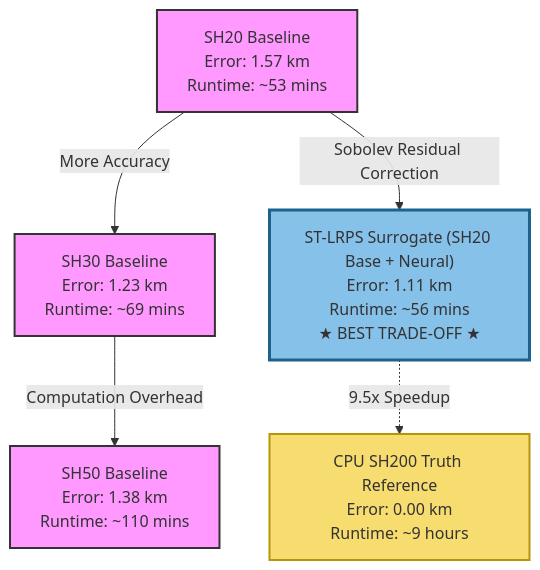
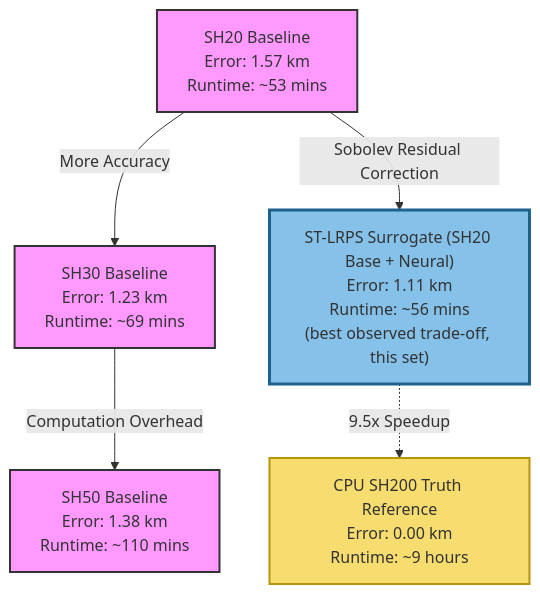
One commit to ayberkdt/lunaris changed the diagram in docs/BENCHMARK_RESULTS.md. Above: the diagram before and after it, drawn with Mermaid. The commit also changed other lines of this file and 9 other files, not shown here.

````diff
--- a/docs/BENCHMARK_RESULTS.md
+++ b/docs/BENCHMARK_RESULTS.md
@@ -168,17 +177,17 @@
 ```mermaid
 graph TD
     classDef baseline fill:#f9f,stroke:#333,stroke-width:2px;
     classDef surrogate fill:#85C1E9,stroke:#1F618D,stroke-width:3px;
     classDef truth fill:#F7DC6F,stroke:#B7950B,stroke-width:2px;
 
     SH20["SH20 Baseline<br>Error: 1.57 km<br>Runtime: ~53 mins"]:::baseline
     SH30["SH30 Baseline<br>Error: 1.23 km<br>Runtime: ~69 mins"]:::baseline
     SH50["SH50 Baseline<br>Error: 1.38 km<br>Runtime: ~110 mins"]:::baseline
-    STLRPS["ST-LRPS Surrogate (SH20 Base + Neural)<br>Error: 1.11 km<br>Runtime: ~56 mins<br>★ BEST TRADE-OFF ★"]:::surrogate
+    STLRPS["ST-LRPS Surrogate (SH20 Base + Neural)<br>Error: 1.11 km<br>Runtime: ~56 mins<br>(best observed trade-off, this set)"]:::surrogate
     Truth["CPU SH200 Truth Reference<br>Error: 0.00 km<br>Runtime: ~9 hours"]:::truth
 
     SH20 -->|More Accuracy| SH30
     SH30 -->|Computation Overhead| SH50
     SH20 -->|Sobolev Residual Correction| STLRPS
     STLRPS -.->|9.5x Speedup| Truth
 ```
````
